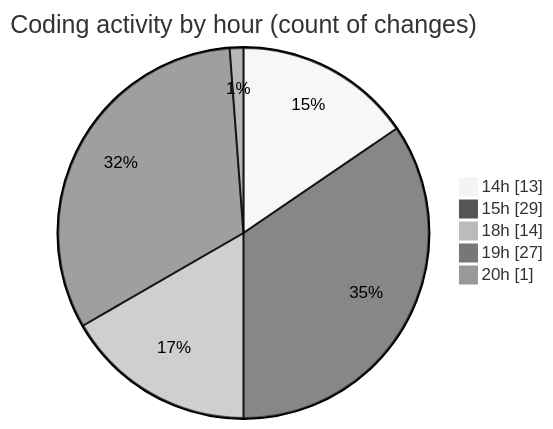
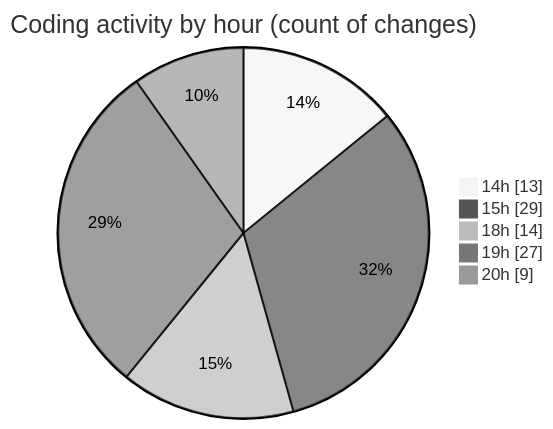
The second of 2 diagrams in 2025-06-23/scopecraft/README.md (Ritupan-Deka/code-tracking), drawn with Mermaid (neutral theme) before and after one commit. The commit also changed other lines of this file and 1 other file, not shown here.

````diff
--- a/2025-06-23/scopecraft/README.md
+++ b/2025-06-23/scopecraft/README.md
@@ -49,9 +49,9 @@
 ```mermaid
 pie showData
 title Coding activity by hour (count of changes)
 "14h" : 13
 "15h" : 29
 "18h" : 14
 "19h" : 27
-"20h" : 1
+"20h" : 9
 ```
````
